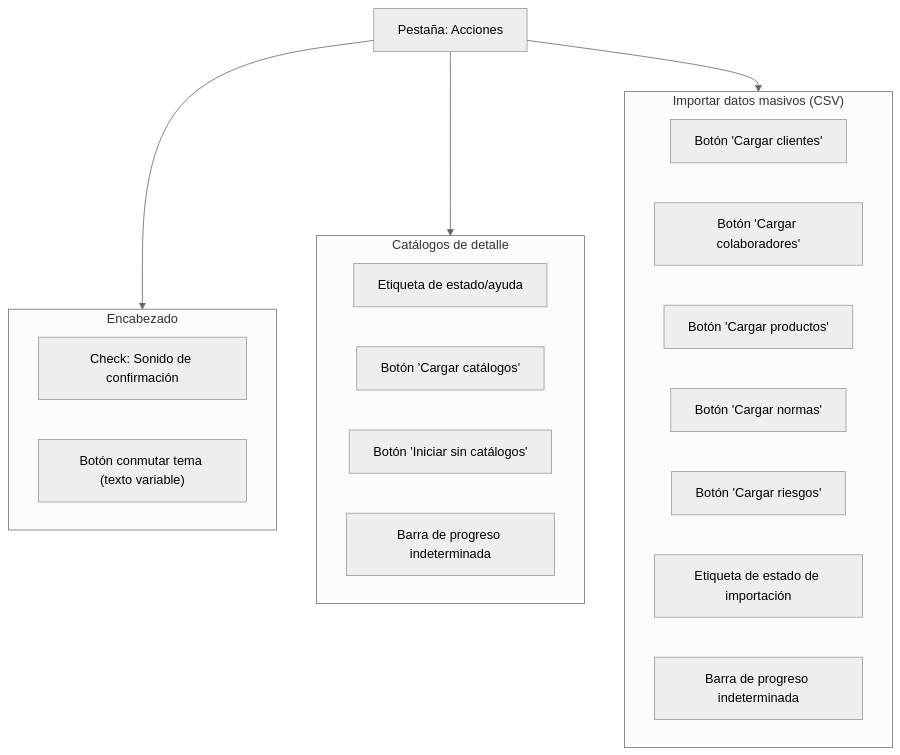
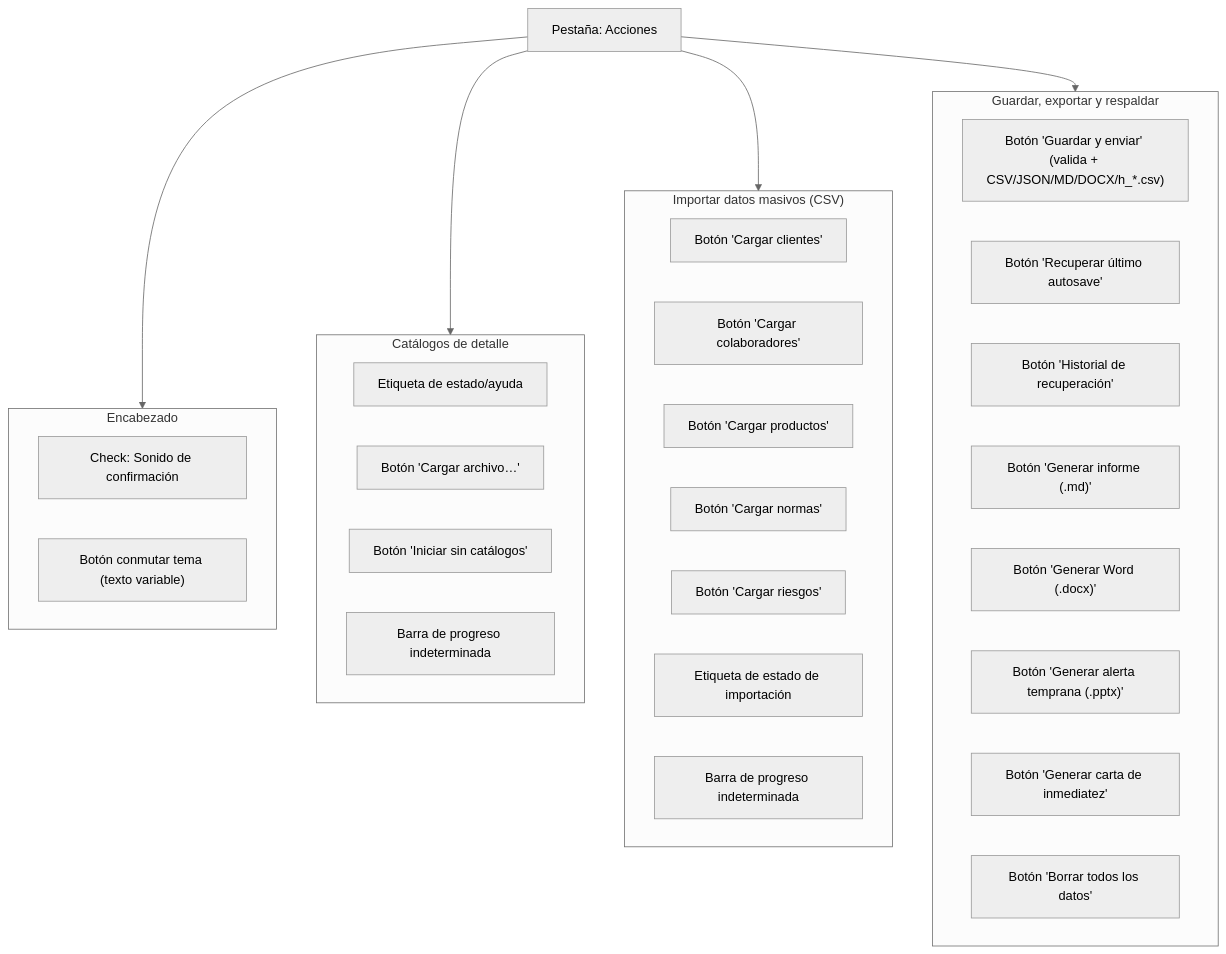
Before and after one commit to PillB/Formulario_investigacion: the diagram in wireframes/tab05_acciones.mmd, drawn with Mermaid (neutral theme). The commit also changed 12 other files, not shown here.

```diff
--- a/wireframes/tab05_acciones.mmd
+++ b/wireframes/tab05_acciones.mmd
@@ -1,27 +1,40 @@
 flowchart TB
     tab["Pestaña: Acciones"]
 
     subgraph header["Encabezado"]
         sonido["Check: Sonido de confirmación"]
         tema["Botón conmutar tema (texto variable)"]
     end
     tab --> header
 
     subgraph catalogos["Catálogos de detalle"]
         estado_catalogos["Etiqueta de estado/ayuda"]
         cargar["Botón 'Cargar catálogos'"]
         iniciar_sin["Botón 'Iniciar sin catálogos'"]
         barra_catalogos["Barra de progreso indeterminada"]
     end
     tab --> catalogos
 
     subgraph importacion["Importar datos masivos (CSV)"]
         btn_clientes["Botón 'Cargar clientes'"]
         btn_colabs["Botón 'Cargar colaboradores'"]
         btn_productos["Botón 'Cargar productos'"]
         btn_normas["Botón 'Cargar normas'"]
         btn_riesgos["Botón 'Cargar riesgos'"]
         estado_import["Etiqueta de estado de importación"]
         barra_import["Barra de progreso indeterminada"]
     end
     tab --> importacion
+
+    subgraph acciones["Guardar, exportar y respaldar"]
+        guardar["Botón 'Guardar y enviar' (valida + CSV/JSON/MD/DOCX/h_*.csv)"]
+        cargar["Botón 'Cargar archivo…'"]
+        autosave["Botón 'Recuperar último autosave'"]
+        historial["Botón 'Historial de recuperación'"]
+        export_md["Botón 'Generar informe (.md)'"]
+        export_docx["Botón 'Generar Word (.docx)'"]
+        export_ppt["Botón 'Generar alerta temprana (.pptx)'"]
+        carta["Botón 'Generar carta de inmediatez'"]
+        borrar["Botón 'Borrar todos los datos'"]
+    end
+    tab --> acciones
```
